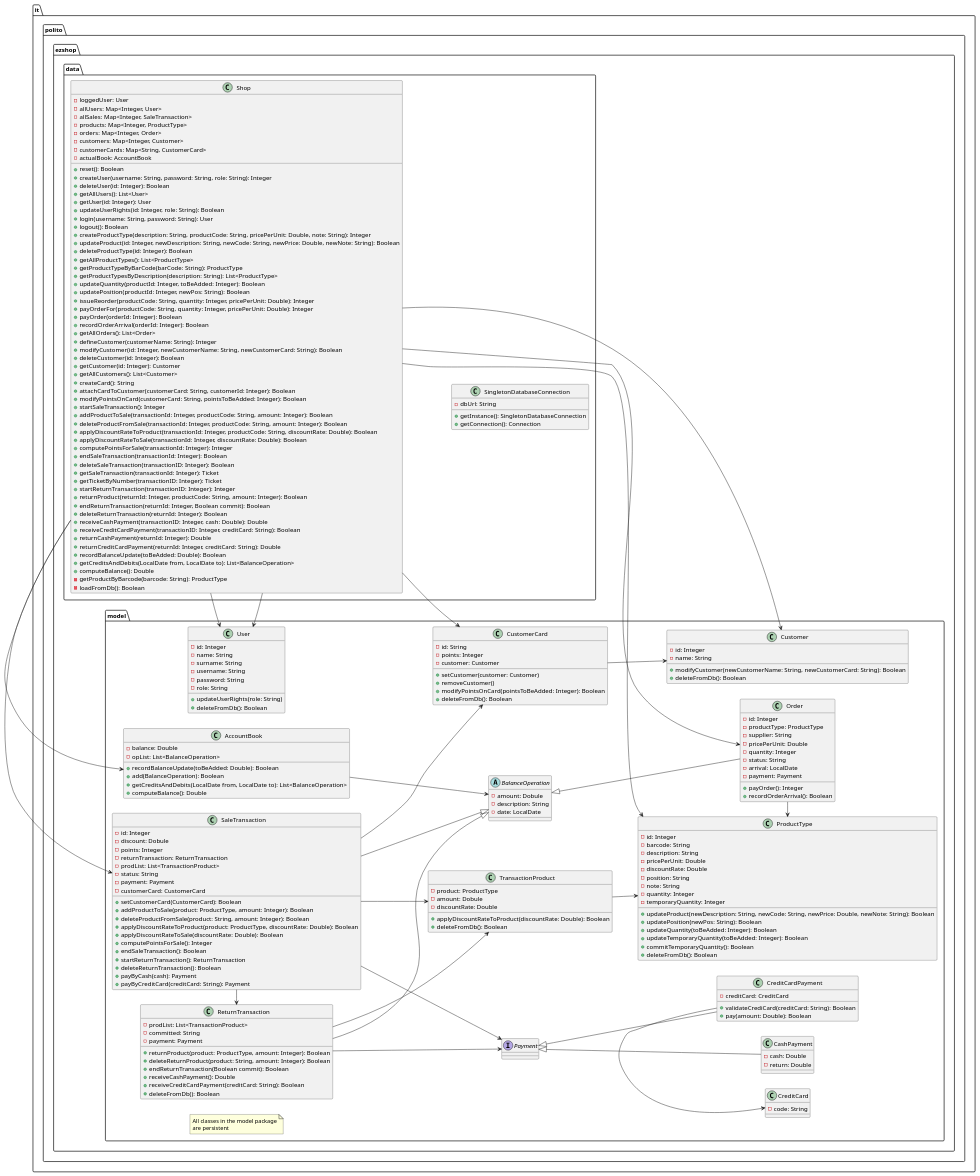
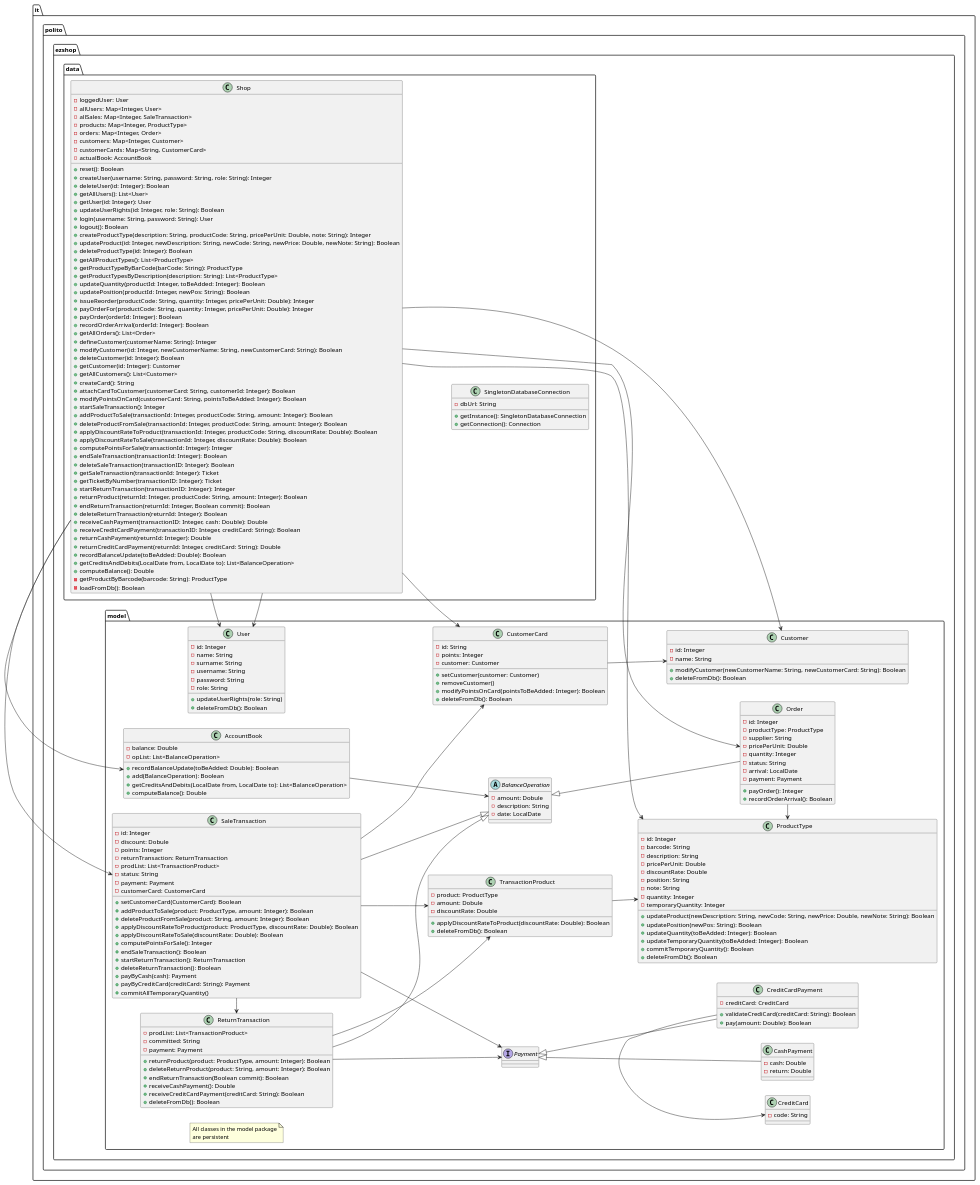
The second of 5 diagrams in Deliverables/DesignDocument.md (MatteoBattilana/EzShop), drawn with PlantUML before and after one commit. The commit also changed other lines of this file, not shown here.

```diff
--- a/Deliverables/DesignDocument.md
+++ b/Deliverables/DesignDocument.md
@@ -207,6 +207,7 @@
       + deleteReturnTransaction(): Boolean
       + payByCash(cash): Payment
       + payByCreditCard(creditCard: String): Payment
+      + commitAllTemporaryQuantity()
   }
   class ReturnTransaction {
     - prodList: List<TransactionProduct>
```
